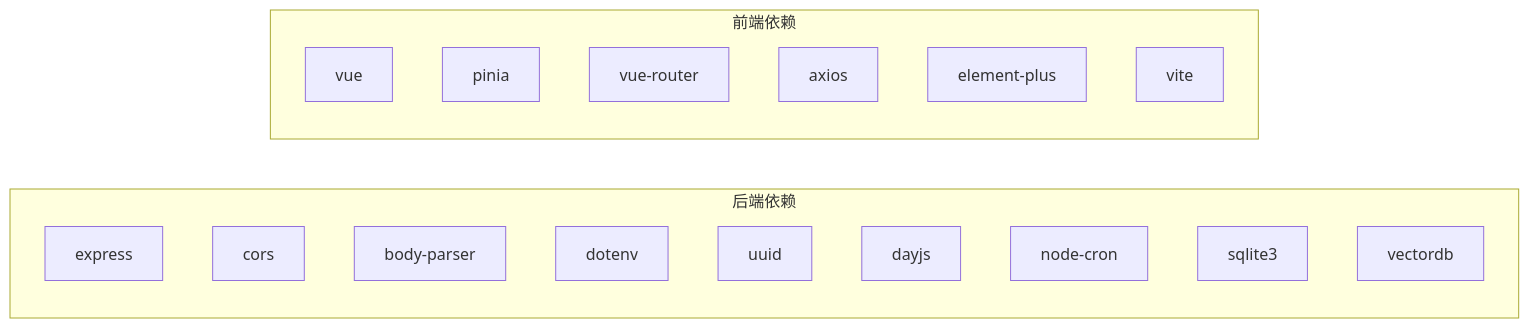
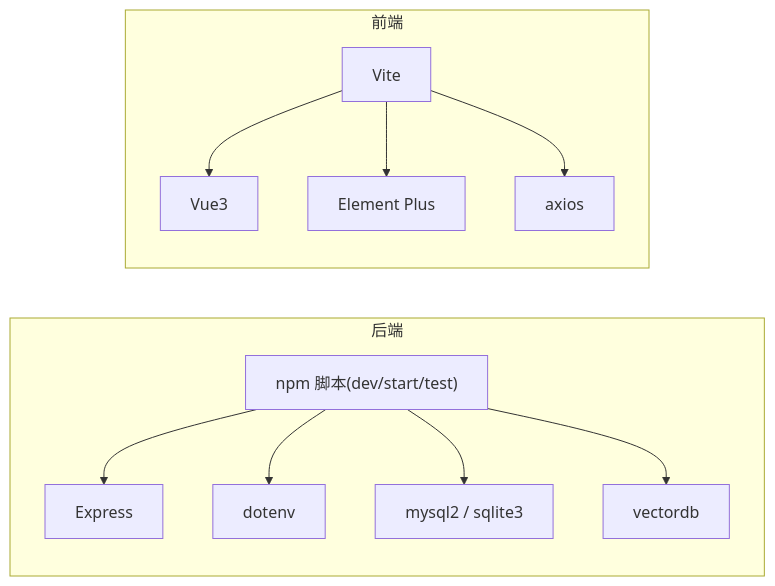
The third of 3 diagrams in NL2SQL/.qoder/repowiki/zh/content/快速开始.md (HanHuiOnLine/724-office), drawn with Mermaid before and after one commit. The commit also changed other lines of this file and 203 other files, not shown here.

````diff
--- a/NL2SQL/.qoder/repowiki/zh/content/快速开始.md
+++ b/NL2SQL/.qoder/repowiki/zh/content/快速开始.md
@@ -206,22 +218,23 @@
 ```mermaid
 graph LR
-subgraph "后端依赖"
-NPM_Express["express"]
-NPM_CORS["cors"]
-NPM_BodyParser["body-parser"]
-NPM_Dotenv["dotenv"]
-NPM_UUID["uuid"]
-NPM_DayJS["dayjs"]
-NPM_Cron["node-cron"]
-NPM_SQLite3["sqlite3"]
-NPM_VectorDB["vectordb"]
+subgraph "后端"
+NPM["npm 脚本(dev/start/test)"]
+EXP["Express"]
+DOT["dotenv"]
+DB["mysql2 / sqlite3"]
+VEC["vectordb"]
 end
-subgraph "前端依赖"
-FE_Vue["vue"]
-FE_Pinia["pinia"]
-FE_Router["vue-router"]
-FE_Axios["axios"]
-FE_ElementPlus["element-plus"]
-FE_Vite["vite"]
+subgraph "前端"
+VITE["Vite"]
+VUE["Vue3"]
+EP["Element Plus"]
+AX["axios"]
 end
+NPM --> EXP
+NPM --> DOT
+NPM --> DB
+NPM --> VEC
+VITE --> VUE
+VITE --> EP
+VITE --> AX
 ```
````
